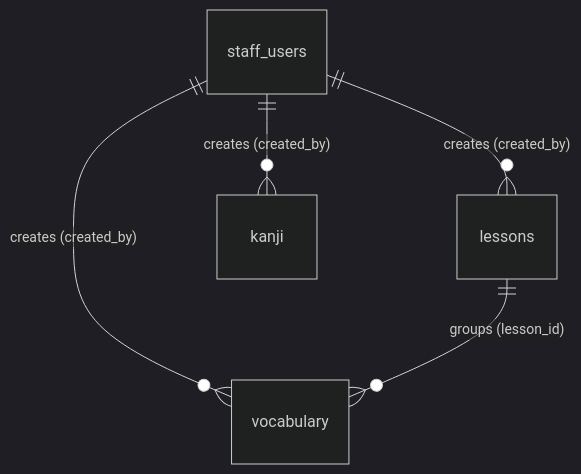
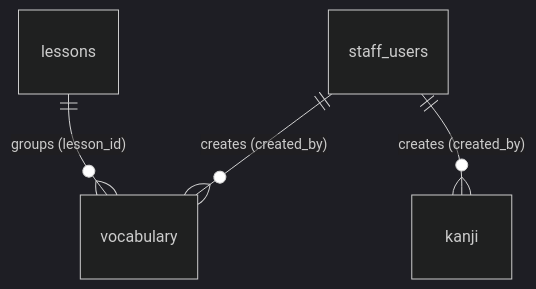
One commit to hung02042005/Japanese-Skill-Practice-Platform changed the diagram in docs/03-Interface-Specs/feature-specs/backend/feat-content-management/UC-27-manage-learning-content.md. Above: the diagram before and after it, drawn with Mermaid (dark theme). The commit also changed other lines of this file and 23 other files, not shown here.

````diff
--- a/docs/03-Interface-Specs/feature-specs/backend/feat-content-management/UC-27-manage-learning-content.md
+++ b/docs/03-Interface-Specs/feature-specs/backend/feat-content-management/UC-27-manage-learning-content.md
@@ -162,7 +137,6 @@
 ```mermaid
 erDiagram
-    staff_users ||--o{ lessons     : "creates (created_by)"
     staff_users ||--o{ vocabulary  : "creates (created_by)"
     staff_users ||--o{ kanji       : "creates (created_by)"
     lessons     ||--o{ vocabulary  : "groups (lesson_id)"
 ```
````
